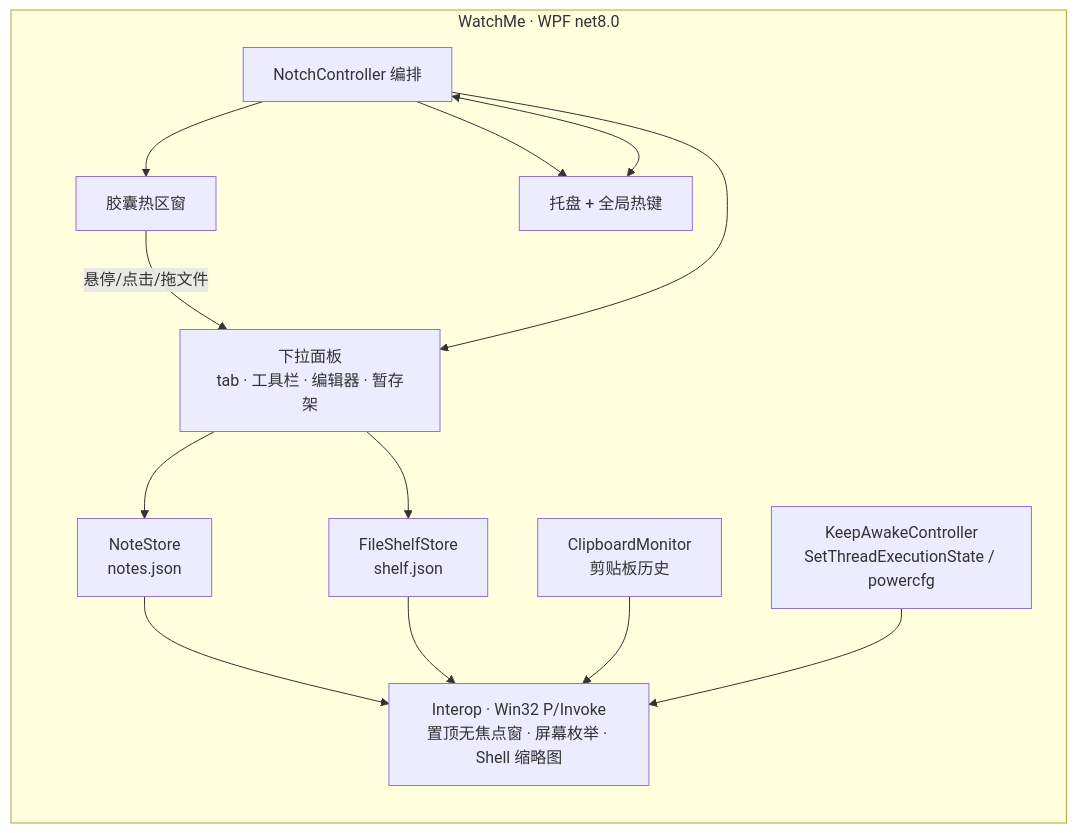
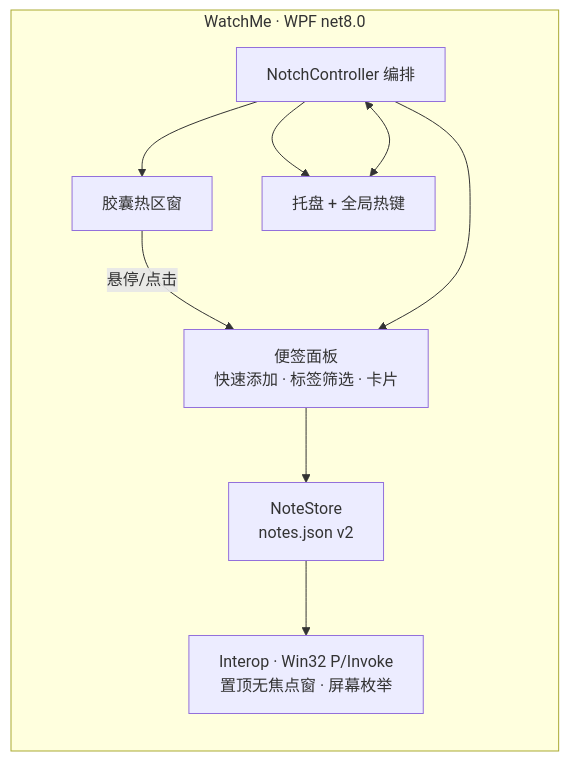
Before and after one commit to Aafff623/WatchMe: the diagram in README.md, drawn with Mermaid. The commit also changed other lines of this file and 42 other files, not shown here.

````diff
--- a/README.md
+++ b/README.md
@@ -82,19 +68,16 @@
 ```mermaid
 flowchart LR
     subgraph App[WatchMe · WPF net8.0]
         Notch[NotchController 编排]
         Capsule[胶囊热区窗]
-        Panel[下拉面板<br/>tab · 工具栏 · 编辑器 · 暂存架]
+        Panel[便签面板<br/>快速添加 · 标签筛选 · 卡片]
         Tray[托盘 + 全局热键]
-        Note[NoteStore<br/>notes.json]
-        Shelf[FileShelfStore<br/>shelf.json]
-        Clip[ClipboardMonitor<br/>剪贴板历史]
-        Awake[KeepAwakeController<br/>SetThreadExecutionState / powercfg]
-        Interop[Interop · Win32 P/Invoke<br/>置顶无焦点窗 · 屏幕枚举 · Shell 缩略图]
+        Store[NoteStore<br/>notes.json v2]
+        Interop[Interop · Win32 P/Invoke<br/>置顶无焦点窗 · 屏幕枚举]
     end
-    Capsule -- 悬停/点击/拖文件 --> Panel
+    Capsule -- 悬停/点击 --> Panel
     Tray <--> Notch
     Notch --> Panel & Capsule & Tray
-    Panel --> Note & Shelf
-    Note & Shelf & Clip & Awake --> Interop
+    Panel --> Store
+    Store --> Interop
 ```
````
